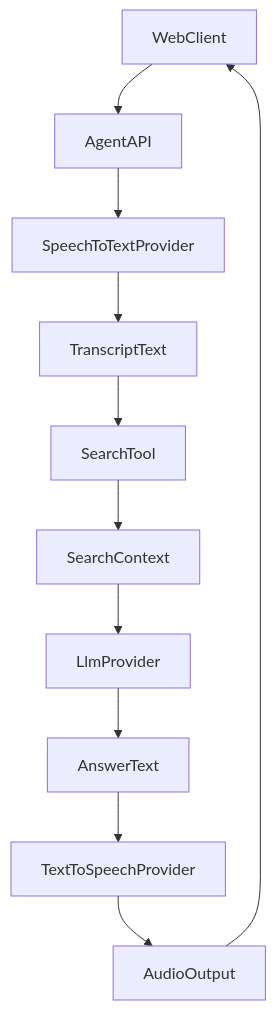
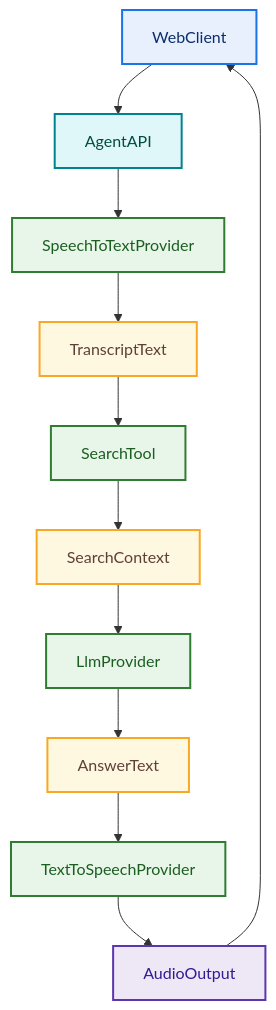
Before and after one commit to ninja-nb/voice-agent-demo: the first of 5 diagrams in docs/ARCHITECTURE.md, drawn with Mermaid. The commit also changed other lines of this file and 3 other files, not shown here.

First line of the commit message:
Add architecture visuals and update deployment service naming.

````diff
--- a/docs/ARCHITECTURE.md
+++ b/docs/ARCHITECTURE.md
@@ -24,13 +24,25 @@
 ```mermaid
 flowchart TD
     userClient[WebClient] --> agentApi[AgentAPI]
     agentApi --> sttProvider[SpeechToTextProvider]
     sttProvider --> transcript[TranscriptText]
     transcript --> searchTool[SearchTool]
     searchTool --> contextResults[SearchContext]
     contextResults --> llmProvider[LlmProvider]
     llmProvider --> answerText[AnswerText]
     answerText --> ttsProvider[TextToSpeechProvider]
     ttsProvider --> audioOut[AudioOutput]
     audioOut --> userClient
+
+    classDef start fill:#E8F0FE,stroke:#1A73E8,stroke-width:2px,color:#0B2E6B;
+    classDef api fill:#E0F7FA,stroke:#00838F,stroke-width:2px,color:#004D40;
+    classDef provider fill:#E8F5E9,stroke:#2E7D32,stroke-width:2px,color:#1B5E20;
+    classDef artifact fill:#FFF8E1,stroke:#F9A825,stroke-width:2px,color:#5D4037;
+    classDef output fill:#EDE7F6,stroke:#5E35B1,stroke-width:2px,color:#311B92;
+
+    class userClient start;
+    class agentApi api;
+    class sttProvider,searchTool,llmProvider,ttsProvider provider;
+    class transcript,contextResults,answerText artifact;
+    class audioOut output;
 ```
````
